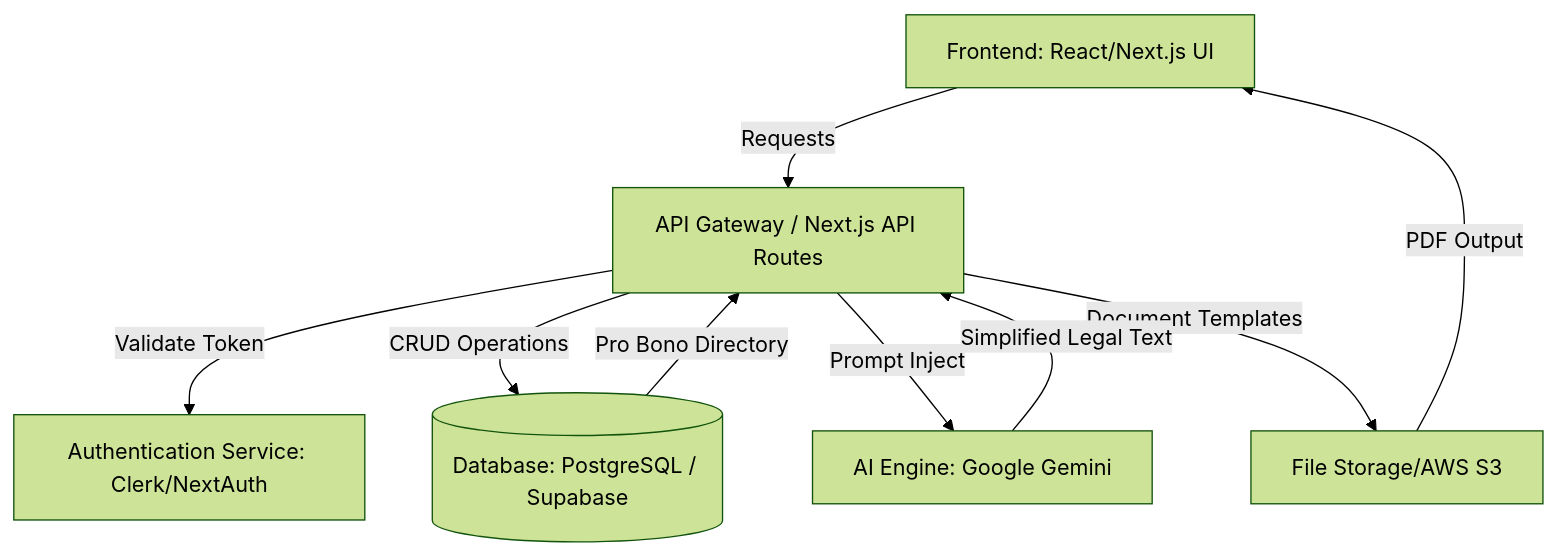
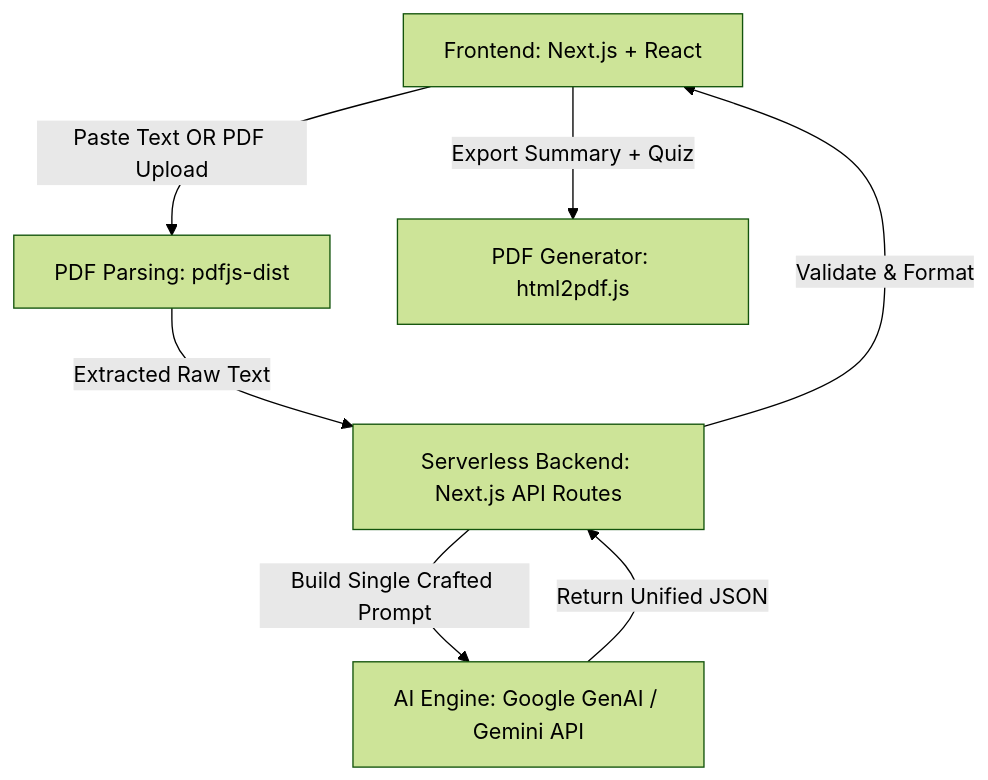
One commit to Swayam7Garg/Study-Snap changed the first of 2 diagrams in README.md. Above: the diagram before and after it, drawn with Mermaid (forest theme). The commit also changed other lines of this file, not shown here.

````diff
--- a/README.md
+++ b/README.md
@@ -24,18 +26,15 @@
 ```mermaid
 graph TD
-    UI[Frontend: React/Next.js UI]
-    Gateway[API Gateway / Next.js API Routes]
-    Auth[Authentication Service: Clerk/NextAuth]
-    DB[(Database: PostgreSQL / Supabase)]
-    AI[AI Engine: Google Gemini]
-    Storage[File Storage/AWS S3]
+    Client[Frontend: Next.js + React]
+    API[Serverless Backend: Next.js API Routes]
+    Parser[PDF Parsing: pdfjs-dist]
+    AI[AI Engine: Google GenAI / Gemini API]
+    Export[PDF Generator: html2pdf.js]
 
-    UI --> |Requests| Gateway
-    Gateway --> |Validate Token| Auth
-    Gateway --> |CRUD Operations| DB
-    Gateway --> |Prompt Inject| AI
-    Gateway --> |Document Templates| Storage
-    AI --> |Simplified Legal Text| Gateway
-    Storage --> |PDF Output| UI
-    DB --> |Pro Bono Directory| Gateway
+    Client --> |Paste Text OR PDF Upload| Parser
+    Parser --> |Extracted Raw Text| API
+    API --> |Build Single Crafted Prompt| AI
+    AI --> |Return Unified JSON | API
+    API --> |Validate & Format| Client
+    Client --> |Export Summary + Quiz| Export
 ```
````
